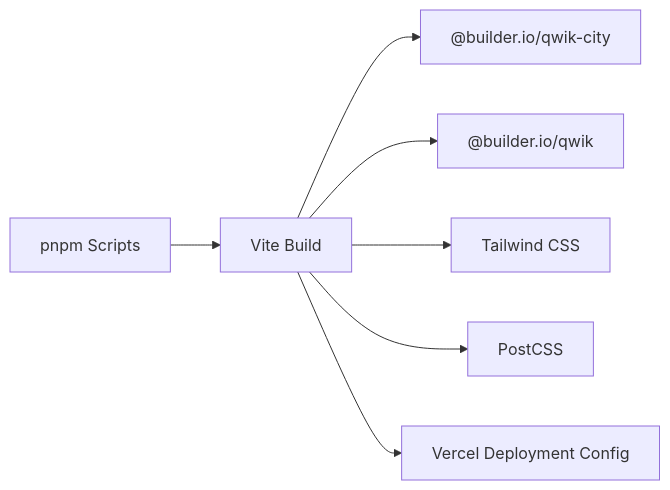
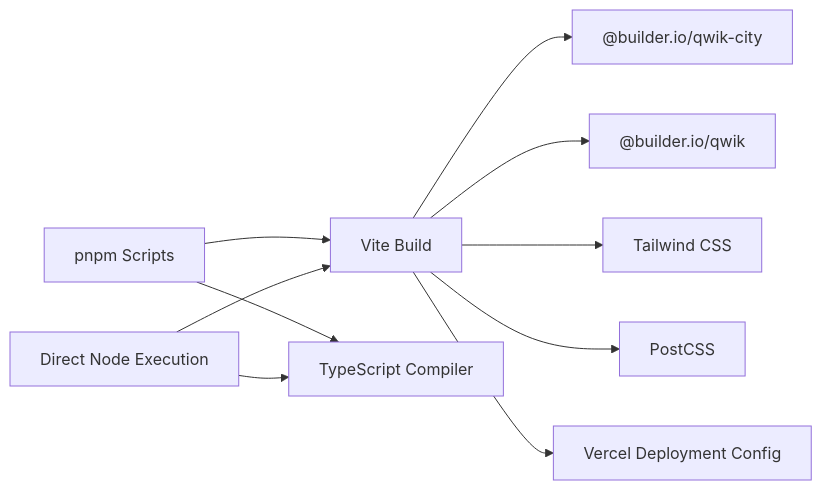
One commit to delirium-dj/modelcomp changed the ninth of 9 diagrams in .qoder/repowiki/en/content/Architecture Overview/Build System & Deployment Strategy.md. Above: the diagram before and after it, drawn with Mermaid. The commit also changed other lines of this file and 185 other files, not shown here.

````diff
--- a/.qoder/repowiki/en/content/Architecture Overview/Build System & Deployment Strategy.md
+++ b/.qoder/repowiki/en/content/Architecture Overview/Build System & Deployment Strategy.md
@@ -226,9 +287,12 @@
 ```mermaid
 graph LR
 PNPM["pnpm Scripts"] --> Vite["Vite Build"]
+PNPM --> TSC["TypeScript Compiler"]
 Vite --> QwikCity["@builder.io/qwik-city"]
 Vite --> Qwik["@builder.io/qwik"]
 Vite --> Tailwind["Tailwind CSS"]
 Vite --> PostCSS["PostCSS"]
 Vite --> VercelCfg["Vercel Deployment Config"]
+Direct["Direct Node Execution"] --> Vite
+Direct --> TSC
 ```
````
